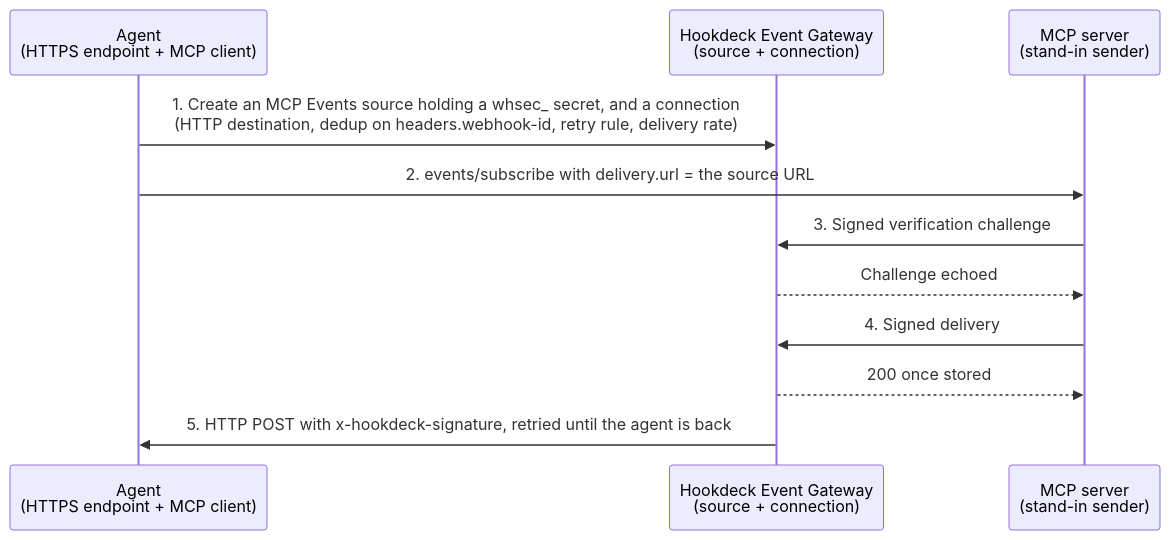
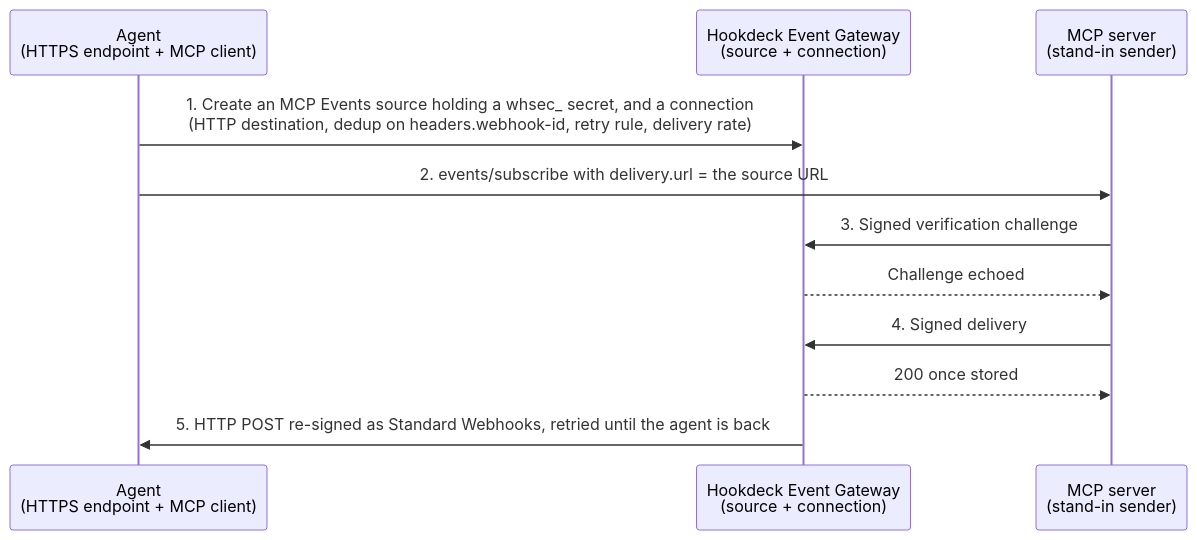
Before and after one commit to hookdeck/hookdeck-demos: the third of 3 diagrams in hookdeck/mcp-events-forward-proxy/docs/PLAN.md, drawn with Mermaid. The commit also changed other lines of this file and 2 other files, not shown here.

Commit message:
mcp-events-forward-proxy: document re-signed deliveries and the 2026-10-22 run

````diff
--- a/hookdeck/mcp-events-forward-proxy/docs/PLAN.md
+++ b/hookdeck/mcp-events-forward-proxy/docs/PLAN.md
@@ -280,13 +281,13 @@
 ```mermaid
 sequenceDiagram
     participant AG as Agent<br>(HTTPS endpoint + MCP client)
     participant EG as Hookdeck Event Gateway<br>(source + connection)
     participant SRV as MCP server<br>(stand-in sender)
     AG->>EG: 1. Create an MCP Events source holding a whsec_ secret, and a connection<br>(HTTP destination, dedup on headers.webhook-id, retry rule, delivery rate)
     AG->>SRV: 2. events/subscribe with delivery.url = the source URL
     SRV->>EG: 3. Signed verification challenge
     EG-->>SRV: Challenge echoed
     SRV->>EG: 4. Signed delivery
     EG-->>SRV: 200 once stored
-    EG->>AG: 5. HTTP POST with x-hookdeck-signature, retried until the agent is back
+    EG->>AG: 5. HTTP POST re-signed as Standard Webhooks, retried until the agent is back
 ```
````
